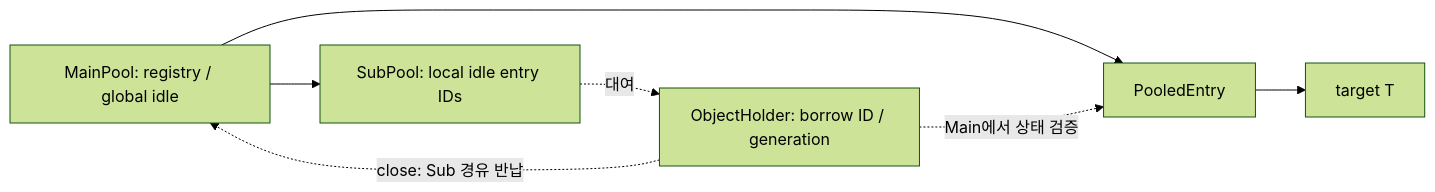
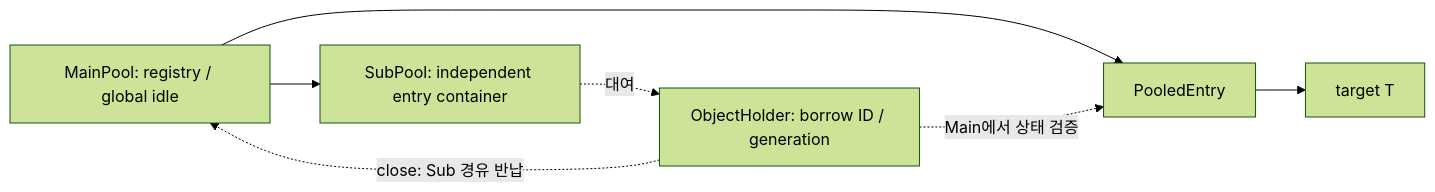
The diagram in object-pool/project.md (hellowpop/common-utilities), drawn with Mermaid (forest theme) before and after one commit. The commit also changed other lines of this file and 19 other files, not shown here.

Commit message:
feat: support Jackson pool config and independent sub containers with safe overflow cleanup

````diff
--- a/object-pool/project.md
+++ b/object-pool/project.md
@@ -92,14 +93,14 @@
 ```mermaid
 flowchart LR
     M[MainPool: registry / global idle]
-    S[SubPool: local idle entry IDs]
+    S[SubPool: independent entry container]
     H[ObjectHolder: borrow ID / generation]
     E[PooledEntry]
     T[target T]
     M --> S
     M --> E
     S -. 대여 .-> H
     H -. Main에서 상태 검증 .-> E
     E --> T
     H -. close: Sub 경유 반납 .-> M
 ```
````
